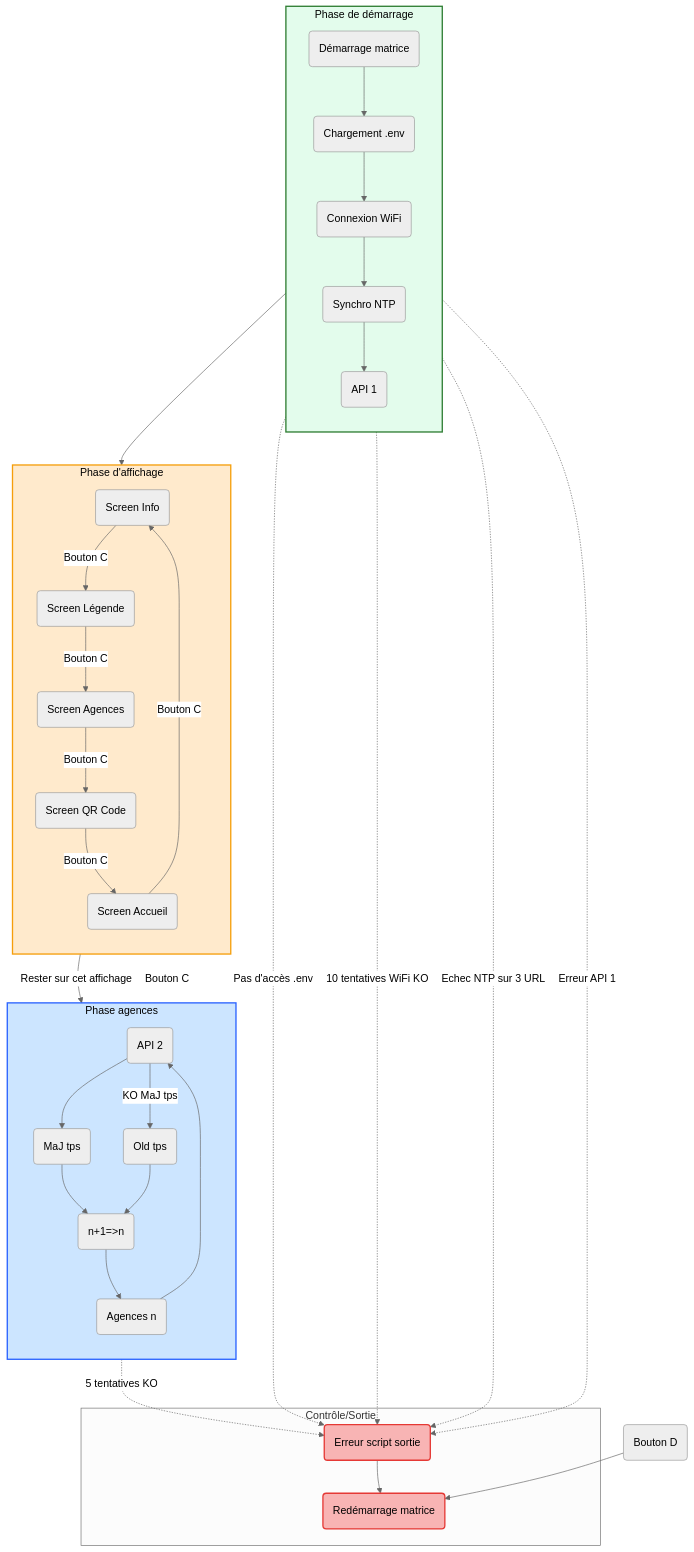
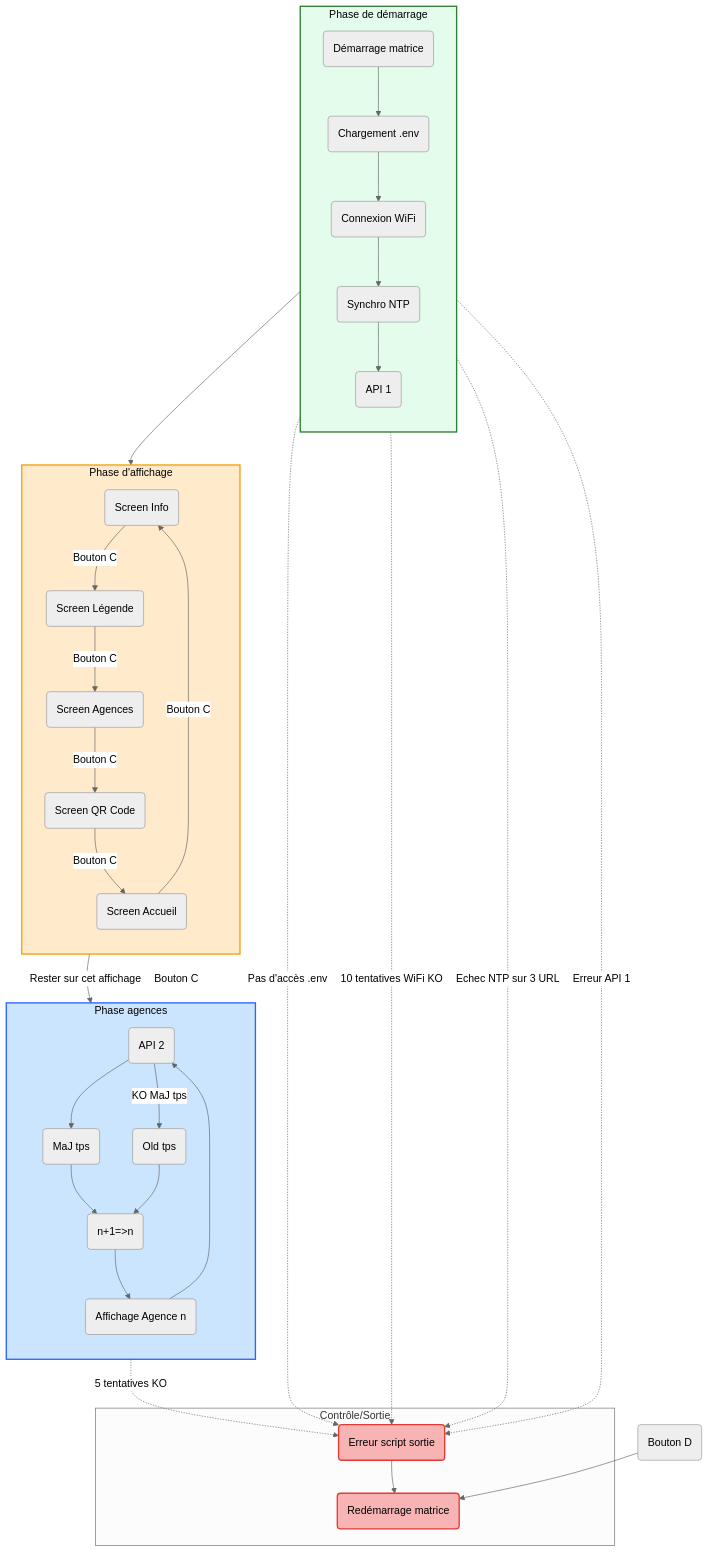
One commit to adriens/temps-attente-matrix-led changed the diagram in SCRIPT-PLAN.md. Above: the diagram before and after it, drawn with Mermaid.

````diff
--- a/SCRIPT-PLAN.md
+++ b/SCRIPT-PLAN.md
@@ -1,70 +1,70 @@
 ```mermaid
 ---
 config:
   theme: neutral
   themeVariables:
     background: '#ffffff'
 ---
 flowchart TB
  subgraph S1["Phase de démarrage"]
     direction TB
         D2("Chargement .env")
         D1("Démarrage matrice")
         D3("Connexion WiFi")
         D4("Synchro NTP")
         D5("API 1")
   end
  subgraph S2["Phase d'affichage"]
     direction TB
         SC2("Screen Info")
         SC1("Screen Accueil")
         SC3("Screen Légende")
         SC4("Screen Agences")
         SC5("Screen QR Code")
   end
  subgraph S3["Phase agences"]
     direction TB
         A2("API 2")
-        A1("Agences n")
+        A1(" Affichage Agence n")
         A3("MaJ tps")
         A5("n+1=>n")
         A4("Old tps")
   end
  subgraph S4["Contrôle/Sortie"]
         E1("Erreur script sortie")
         R1("Redémarrage matrice")
   end
     D1 --> D2
     D2 --> D3
     D3 --> D4
     D4 --> D5
     SC1 -- "Bouton C" --> SC2
     SC2 -- "Bouton C" --> SC3
     SC3 -- "Bouton C" --> SC4
     SC4 -- "Bouton C" --> SC5
     SC4 -- "Rester sur cet affichage" --> A2
     SC5 -- "Bouton C" --> SC1 & A2
     A1 --> A2
     A2 --> A3
     A3 --> A5
     A5 --> A1
     A2 -- KO MaJ tps --> A4
     D2 -. "Pas d'accès .env" .-> E1
     D3 -. 10 tentatives WiFi KO .-> E1
     D4 -. Echec NTP sur 3 URL .-> E1
     D5 -. Erreur API 1 .-> E1
     A2 -. 5 tentatives KO .-> E1
     D5 --> SC1
     E1 --> R1
     F2("Bouton D") --> R1
     A4 --> A5
      E1:::red
      R1:::red
     classDef red fill:#f8b4b4,stroke:#e53935,stroke-width:2px,color:#000
     linkStyle 10 stroke:none
 
 %% Styles de sous-graphes
 style S1 fill:#E3FCEC,stroke:#2e7d32,stroke-width:2px,color:#000
 style S2 fill:#FFEACC,stroke:#f59e0b,stroke-width:2px,color:#000
 style S3 fill:#CCE5FF,stroke:#2962FF,stroke-width:2px,color:#000
 ```
````
